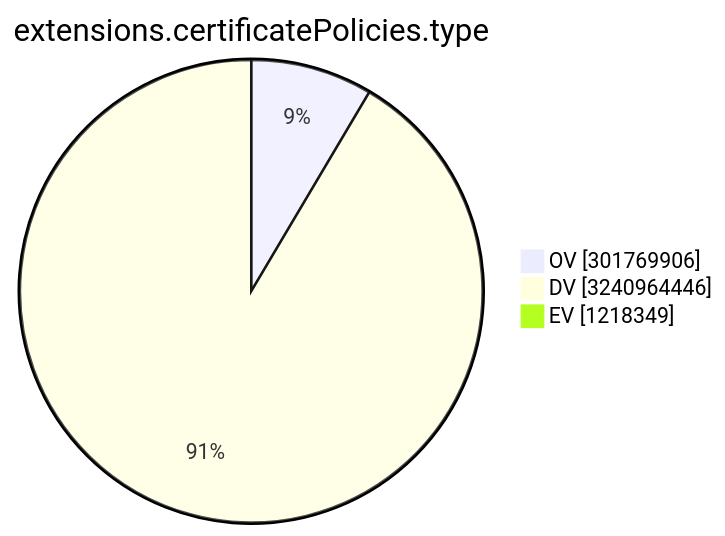
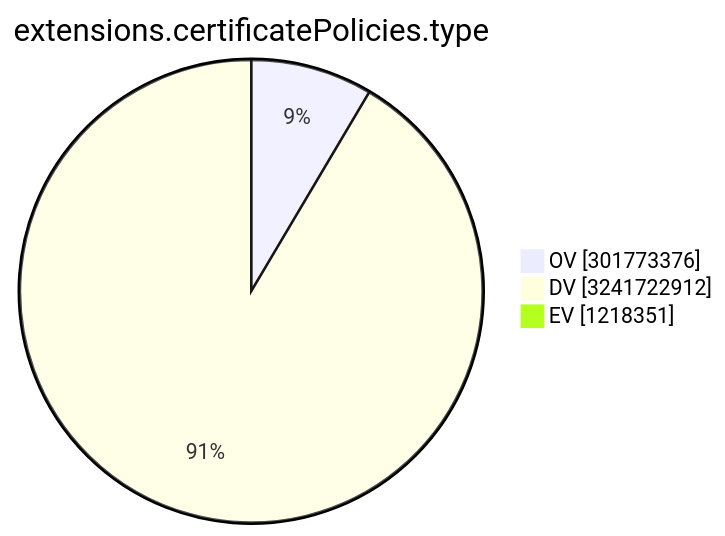
The ninth of 15 diagrams in TOTAL/README.md (christiankrug/ctmonitor_visualization), drawn with Mermaid before and after one commit. The commit also changed other lines of this file, not shown here.

````diff
--- a/TOTAL/README.md
+++ b/TOTAL/README.md
@@ -3107,7 +3107,7 @@
 ```mermaid
 pie showData
 title extensions.certificatePolicies.type
-"OV" :301769906
-"DV" :3240964446
-"EV" :1218349
+"OV" :301773376
+"DV" :3241722912
+"EV" :1218351
 ```
````
